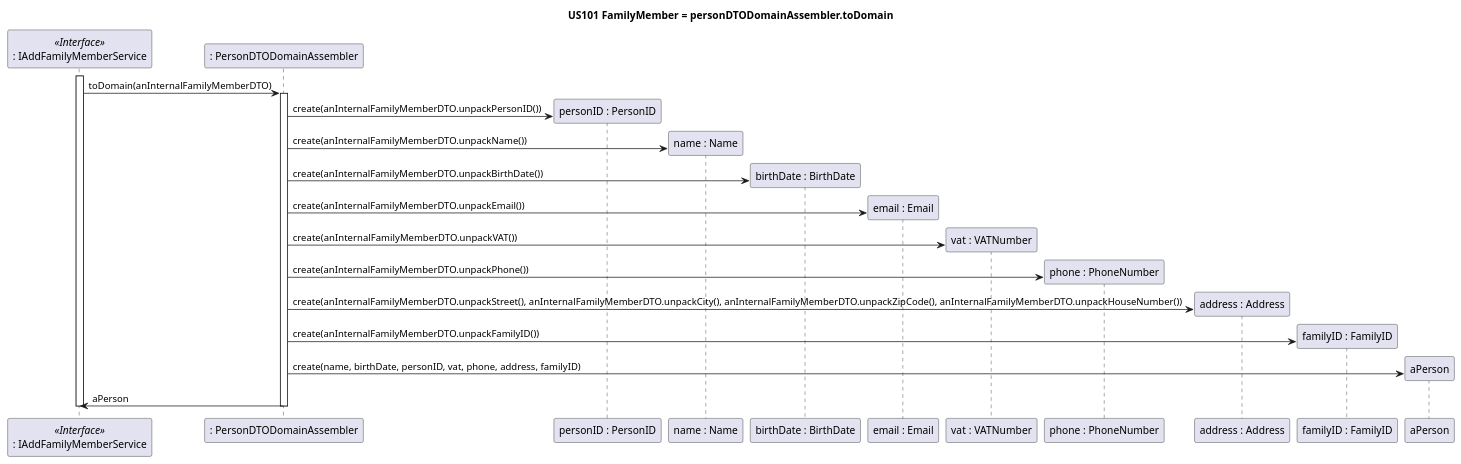
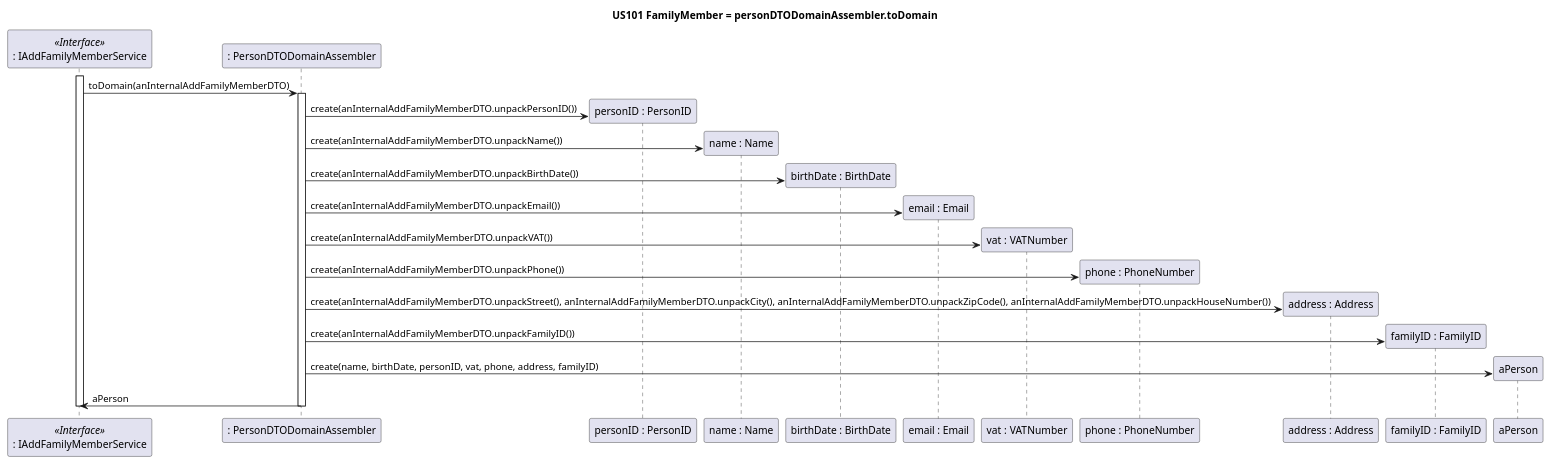
Before and after one commit to tomas-osswald/switch_2020_g3: the fifth of 6 diagrams in docs/sprint5/user_stories/US101_AddFamilyMember.md, drawn with PlantUML. The commit also changed other lines of this file and 16 other files, not shown here.

Commit message:
PersonInternalDTOAssembler established

`````diff
--- a/docs/sprint5/user_stories/US101_AddFamilyMember.md
+++ b/docs/sprint5/user_stories/US101_AddFamilyMember.md
@@ -339,35 +339,35 @@
 ````puml
 @startuml
 title US101 FamilyMember = personDTODomainAssembler.toDomain
 
 participant ": IAddFamilyMemberService" as FamilyMemberService <<Interface>>
 participant ": PersonDTODomainAssembler" as dtoToDomainAssembler
 'participant "inputPersonDTO : inputPersonDTO" as inputPersonDTO
 participant "personID : PersonID" as personID
 participant "name : Name" as name
 participant "birthDate : BirthDate" as birthDate
 participant "email : Email" as email
 participant "vat : VATNumber" as vat
 participant "phone : PhoneNumber" as phoneNumber
 participant "address : Address" as address
 participant "familyID : FamilyID" as familyID
 
 activate FamilyMemberService
-FamilyMemberService -> dtoToDomainAssembler : toDomain(anInternalFamilyMemberDTO)
+FamilyMemberService -> dtoToDomainAssembler : toDomain(anInternalAddFamilyMemberDTO)
 activate dtoToDomainAssembler
-dtoToDomainAssembler -> personID** : create(anInternalFamilyMemberDTO.unpackPersonID())
-dtoToDomainAssembler -> name** : create(anInternalFamilyMemberDTO.unpackName())
-dtoToDomainAssembler -> birthDate** : create(anInternalFamilyMemberDTO.unpackBirthDate())
-dtoToDomainAssembler -> email** : create(anInternalFamilyMemberDTO.unpackEmail())
-dtoToDomainAssembler -> vat** : create(anInternalFamilyMemberDTO.unpackVAT())
-dtoToDomainAssembler -> phoneNumber** : create(anInternalFamilyMemberDTO.unpackPhone())
-dtoToDomainAssembler -> address** : create(anInternalFamilyMemberDTO.unpackStreet(), anInternalFamilyMemberDTO.unpackCity(), anInternalFamilyMemberDTO.unpackZipCode(), anInternalFamilyMemberDTO.unpackHouseNumber())
-dtoToDomainAssembler -> familyID** : create(anInternalFamilyMemberDTO.unpackFamilyID())
+dtoToDomainAssembler -> personID** : create(anInternalAddFamilyMemberDTO.unpackPersonID())
+dtoToDomainAssembler -> name** : create(anInternalAddFamilyMemberDTO.unpackName())
+dtoToDomainAssembler -> birthDate** : create(anInternalAddFamilyMemberDTO.unpackBirthDate())
+dtoToDomainAssembler -> email** : create(anInternalAddFamilyMemberDTO.unpackEmail())
+dtoToDomainAssembler -> vat** : create(anInternalAddFamilyMemberDTO.unpackVAT())
+dtoToDomainAssembler -> phoneNumber** : create(anInternalAddFamilyMemberDTO.unpackPhone())
+dtoToDomainAssembler -> address** : create(anInternalAddFamilyMemberDTO.unpackStreet(), anInternalAddFamilyMemberDTO.unpackCity(), anInternalAddFamilyMemberDTO.unpackZipCode(), anInternalAddFamilyMemberDTO.unpackHouseNumber())
+dtoToDomainAssembler -> familyID** : create(anInternalAddFamilyMemberDTO.unpackFamilyID())
 dtoToDomainAssembler -> aPerson** : create(name, birthDate, personID, vat, phone, address, familyID)
 
 dtoToDomainAssembler -> FamilyMemberService : aPerson
 deactivate dtoToDomainAssembler
 deactivate FamilyMemberService
 
 @enduml
 ````
`````
